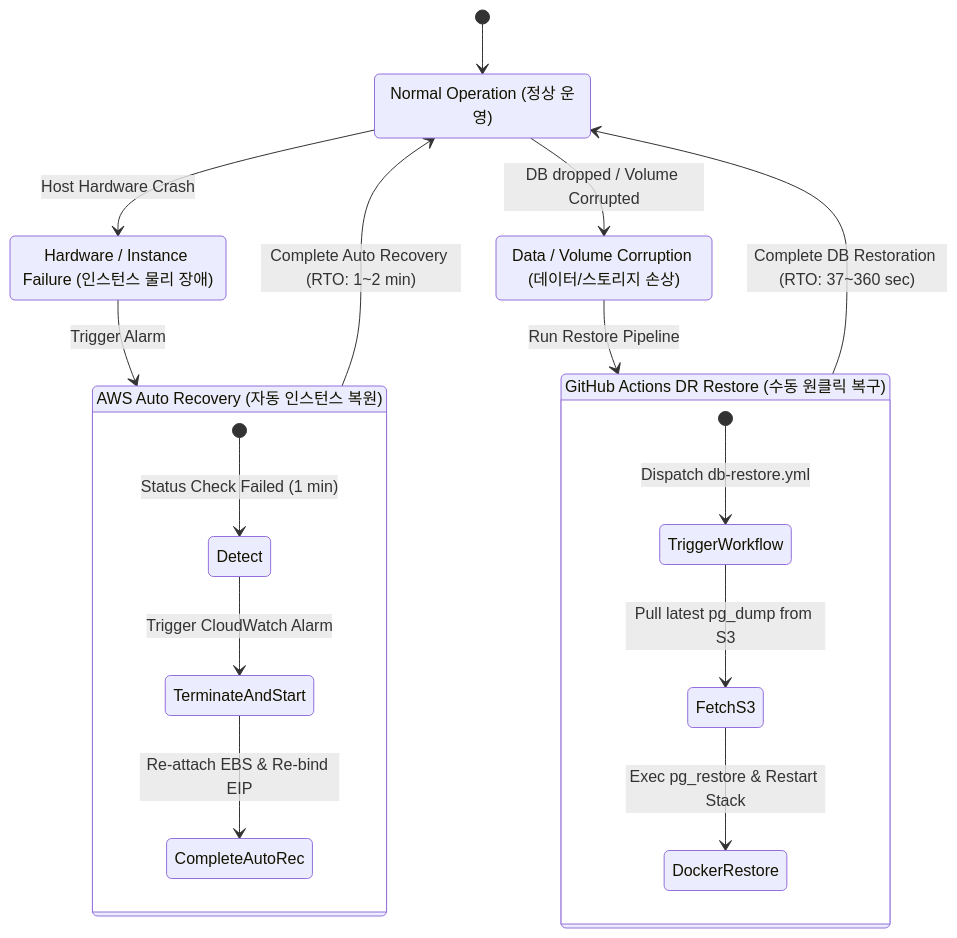
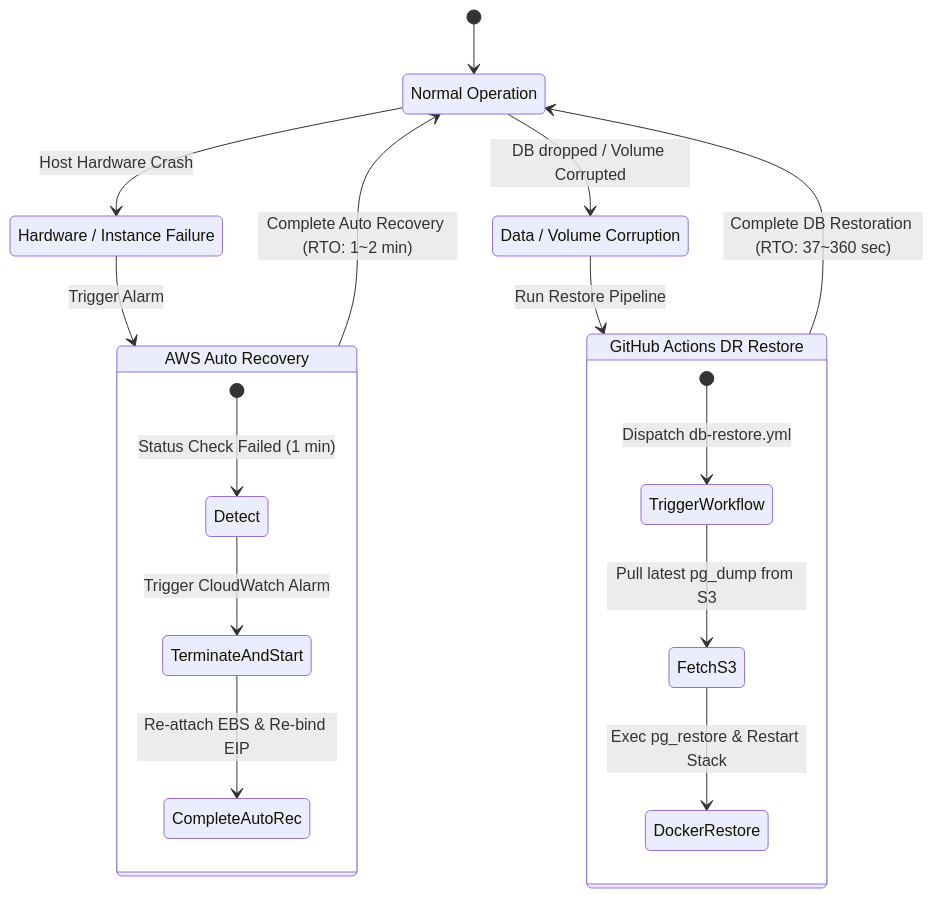
Before and after one commit to Rohit-code07/rogic.io: the third of 6 diagrams in README.md, drawn with Mermaid. The commit also changed other lines of this file and 3 other files, not shown here.

````diff
--- a/README.md
+++ b/README.md
@@ -171,28 +169,28 @@
 ```mermaid
 stateDiagram-v2
-    state "Normal Operation (정상 운영)" as Normal
-    state "Hardware / Instance Failure (인스턴스 물리 장애)" as HardFail
-    state "Data / Volume Corruption (데이터/스토리지 손상)" as DataFail
+    state "Normal Operation" as Normal
+    state "Hardware / Instance Failure" as HardFail
+    state "Data / Volume Corruption" as DataFail
 
-    state "AWS Auto Recovery (자동 인스턴스 복원)" as AutoRec {
+    state "AWS Auto Recovery" as AutoRec {
         [*] --> Detect : Status Check Failed (1 min)
         Detect --> TerminateAndStart : Trigger CloudWatch Alarm
         TerminateAndStart --> CompleteAutoRec : Re-attach EBS & Re-bind EIP
     }
 
-    state "GitHub Actions DR Restore (수동 원클릭 복구)" as ManualRec {
+    state "GitHub Actions DR Restore" as ManualRec {
         [*] --> TriggerWorkflow : Dispatch db-restore.yml
         TriggerWorkflow --> FetchS3 : Pull latest pg_dump from S3
         FetchS3 --> DockerRestore : Exec pg_restore & Restart Stack
     }
 
     [*] --> Normal
     Normal --> HardFail : Host Hardware Crash
     Normal --> DataFail : DB dropped / Volume Corrupted
 
     HardFail --> AutoRec : Trigger Alarm
     AutoRec --> Normal : Complete Auto Recovery (RTO: 1~2 min)
 
     DataFail --> ManualRec : Run Restore Pipeline
     ManualRec --> Normal : Complete DB Restoration (RTO: 37~360 sec)
 ```
````
